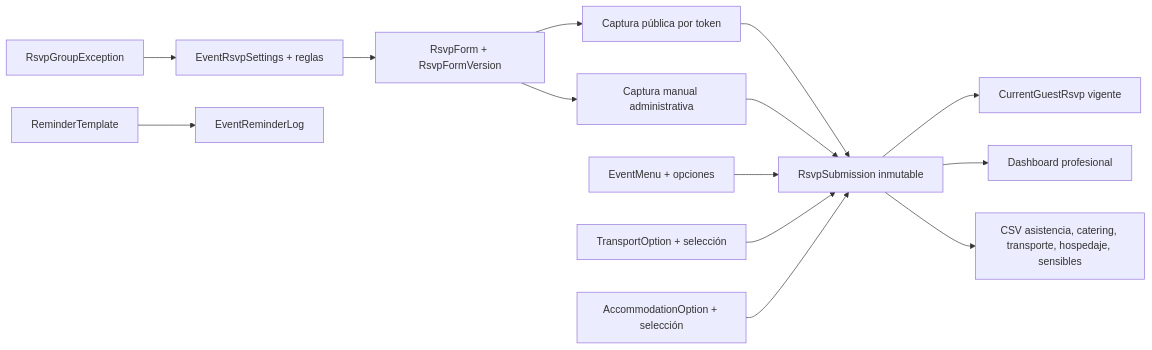
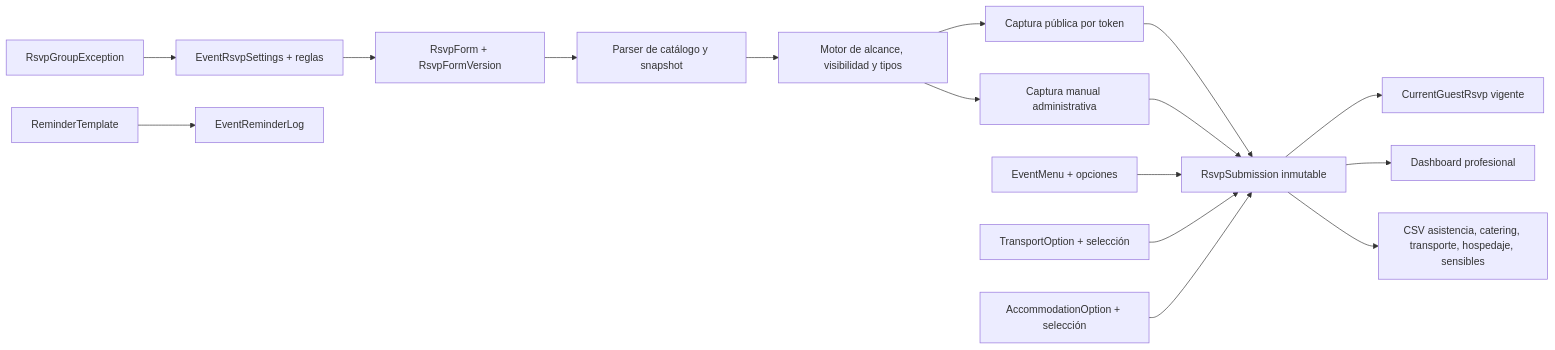
Before and after one commit to edro280195-afk/plannyt: the fifth of 5 diagrams in docs/architecture.md, drawn with Mermaid. The commit also changed other lines of this file and 50 other files, not shown here.

````diff
--- a/docs/architecture.md
+++ b/docs/architecture.md
@@ -252,16 +252,18 @@
 ```mermaid
 flowchart LR
     Settings["EventRsvpSettings + reglas"] --> Form["RsvpForm + RsvpFormVersion"]
-    Form --> Public["Captura pública por token"]
-    Form --> Manual["Captura manual administrativa"]
+    Form --> Definition["Parser de catálogo y snapshot"]
+    Definition --> Engine["Motor de alcance, visibilidad y tipos"]
+    Engine --> Public["Captura pública por token"]
+    Engine --> Manual["Captura manual administrativa"]
     Public --> Submission["RsvpSubmission inmutable"]
     Manual --> Submission
     Submission --> Current["CurrentGuestRsvp vigente"]
     Menu["EventMenu + opciones"] --> Submission
     Transport["TransportOption + selección"] --> Submission
     Accommodation["AccommodationOption + selección"] --> Submission
     Submission --> Dashboard["Dashboard profesional"]
     Submission --> Export["CSV asistencia, catering, transporte, hospedaje, sensibles"]
     Reminder["ReminderTemplate"] --> Log["EventReminderLog"]
     Exception["RsvpGroupException"] --> Settings
 ```
````
